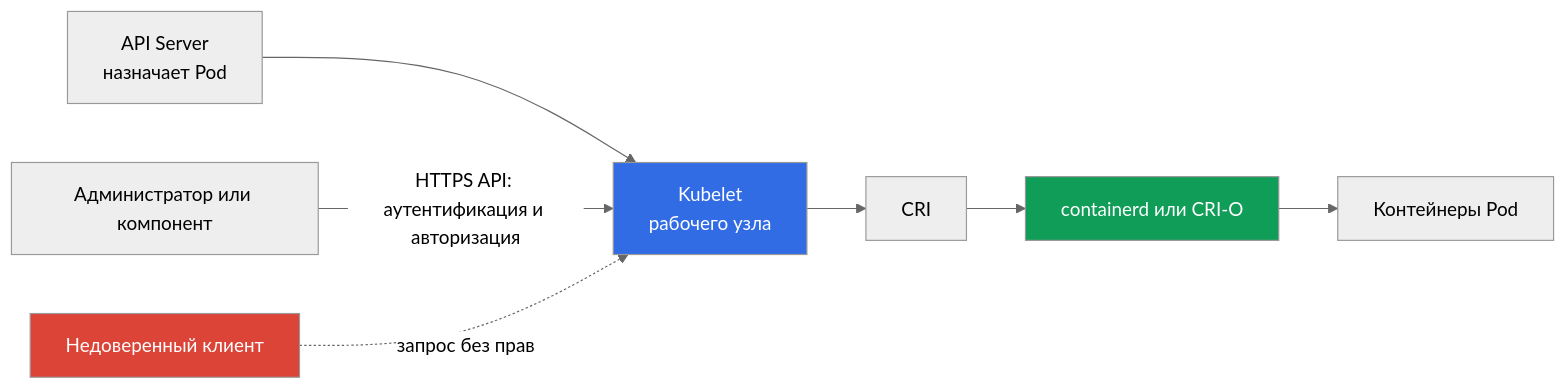
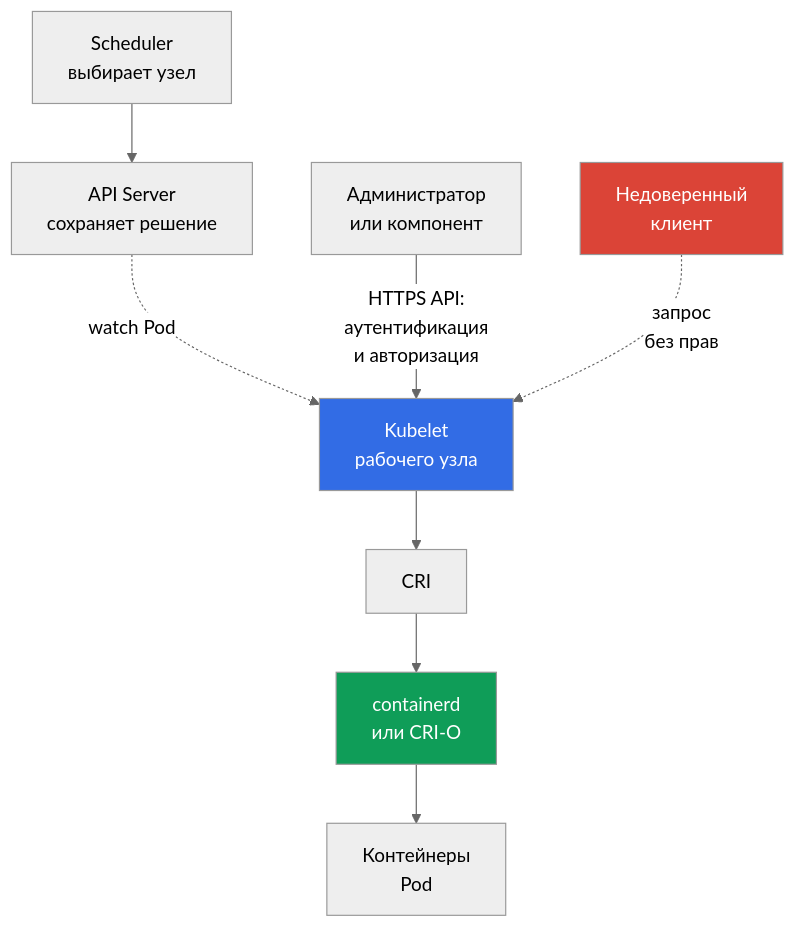
One commit to ViktorUJ/cks changed the diagram in tasks/kcsa/course/08/ru.md. Above: the diagram before and after it, drawn with Mermaid (neutral theme). The commit also changed other lines of this file and 60 other files, not shown here.

````diff
--- a/tasks/kcsa/course/08/ru.md
+++ b/tasks/kcsa/course/08/ru.md
@@ -13,12 +13,13 @@
 ```mermaid
-flowchart LR
-    api["API Server<br/>назначает Pod"] --> kubelet["Kubelet<br/>рабочего узла"]
+flowchart TB
+    scheduler["Scheduler<br/>выбирает узел"] --> api["API Server<br/>сохраняет решение"]
+    api -.->|"watch Pod"| kubelet["Kubelet<br/>рабочего узла"]
     kubelet --> cri["CRI"]
-    cri --> runtime["containerd или CRI-O"]
-    runtime --> pod["Контейнеры Pod"]
-    admin["Администратор или компонент"] -->|"HTTPS API: аутентификация и авторизация"| kubelet
-    attacker["Недоверенный клиент"] -. "запрос без прав" .-> kubelet
+    cri --> runtime["containerd<br/>или CRI-O"]
+    runtime --> pod["Контейнеры<br/>Pod"]
+    admin["Администратор<br/>или компонент"] -->|"HTTPS API:<br/>аутентификация<br/>и авторизация"| kubelet
+    attacker["Недоверенный<br/>клиент"] -. "запрос<br/>без прав" .-> kubelet
     style kubelet fill:#326ce5,color:#fff
     style runtime fill:#0f9d58,color:#fff
     style attacker fill:#db4437,color:#fff
 ```
````
